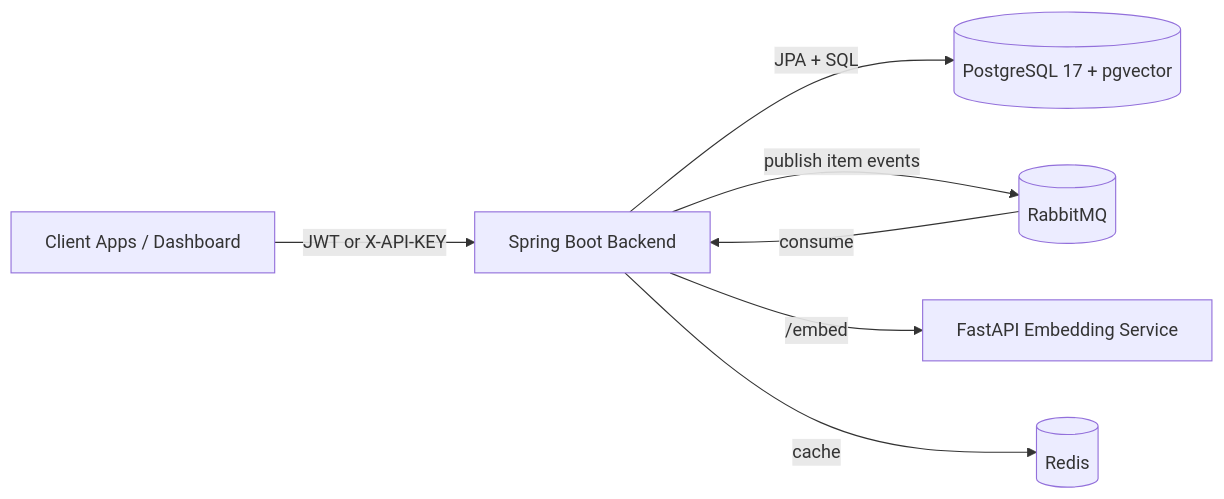
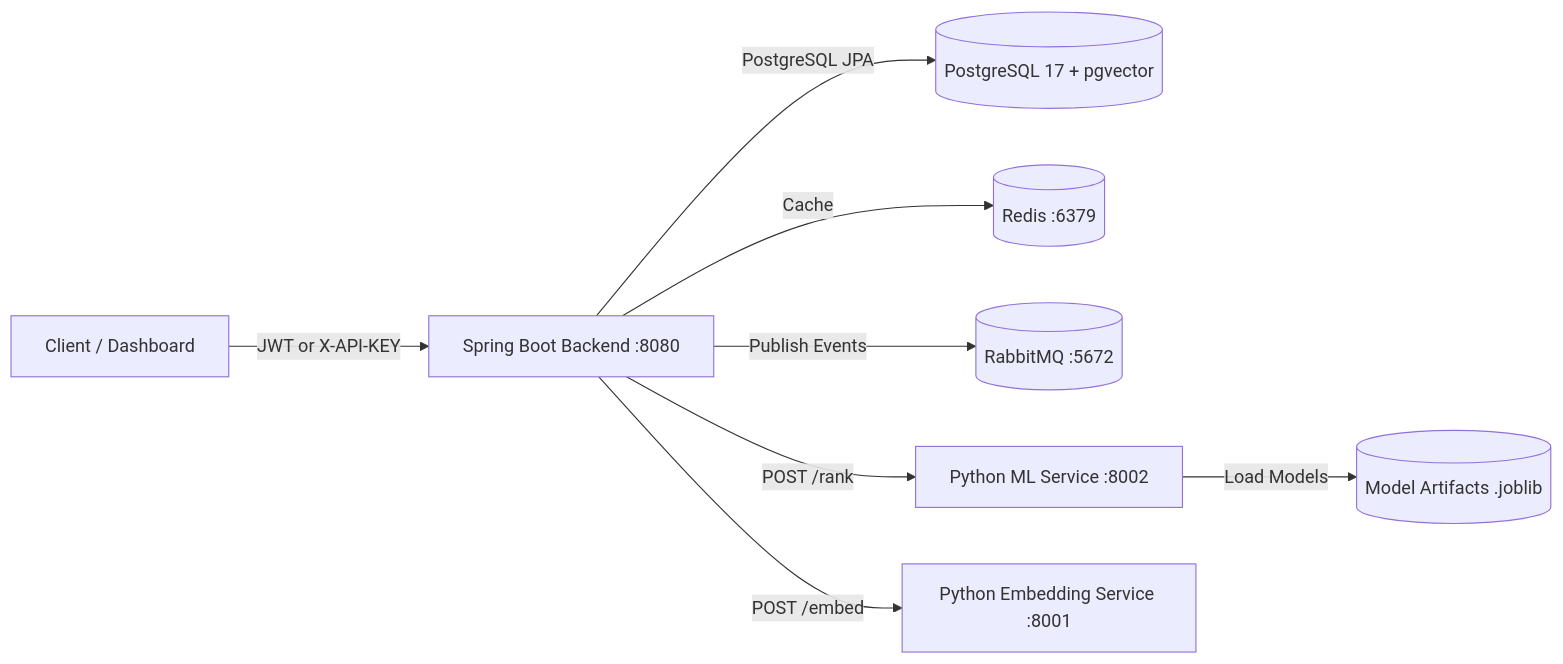
The diagram in README.md (sagar-dot-bera/susume), drawn with Mermaid before and after one commit. The commit also changed other lines of this file, not shown here.

````diff
--- a/README.md
+++ b/README.md
@@ -41,9 +109,10 @@
 ```mermaid
 flowchart LR
-    C[Client Apps / Dashboard] -->|JWT or X-API-KEY| B[Spring Boot Backend]
-    B -->|JPA + SQL| P[(PostgreSQL 17 + pgvector)]
-    B -->|publish item events| Q[(RabbitMQ)]
-    Q -->|consume| B
-    B -->|/embed| E[FastAPI Embedding Service]
-    B -->|cache| R[(Redis)]
+    Client[Client / Dashboard] -->|JWT or X-API-KEY| Backend[Spring Boot Backend :8080]
+    Backend -->|PostgreSQL JPA| DB[(PostgreSQL 17 + pgvector)]
+    Backend -->|Cache| Redis[(Redis :6379)]
+    Backend -->|Publish Events| Rabbit[(RabbitMQ :5672)]
+    Backend -->|POST /rank| Ranker[Python ML Service :8002]
+    Backend -->|POST /embed| Embedding[Python Embedding Service :8001]
+    Ranker -->|Load Models| Models[(Model Artifacts .joblib)]
 ```
````
